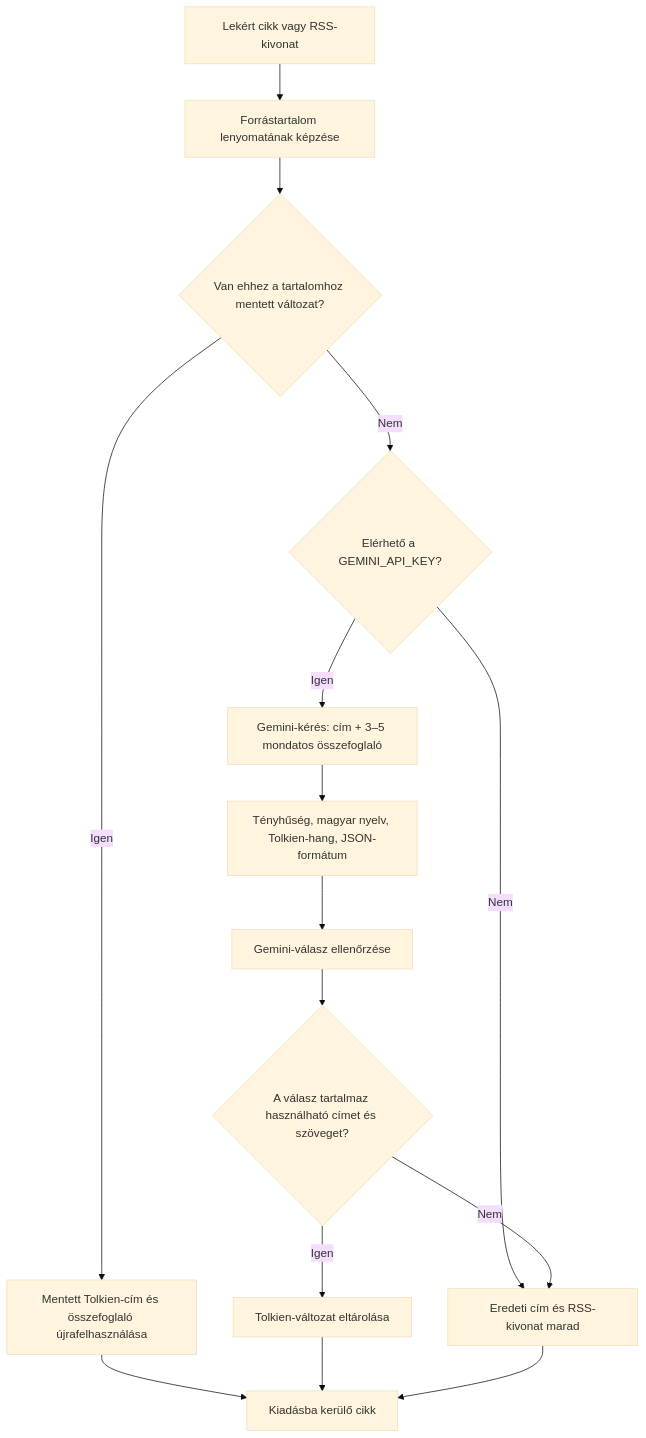
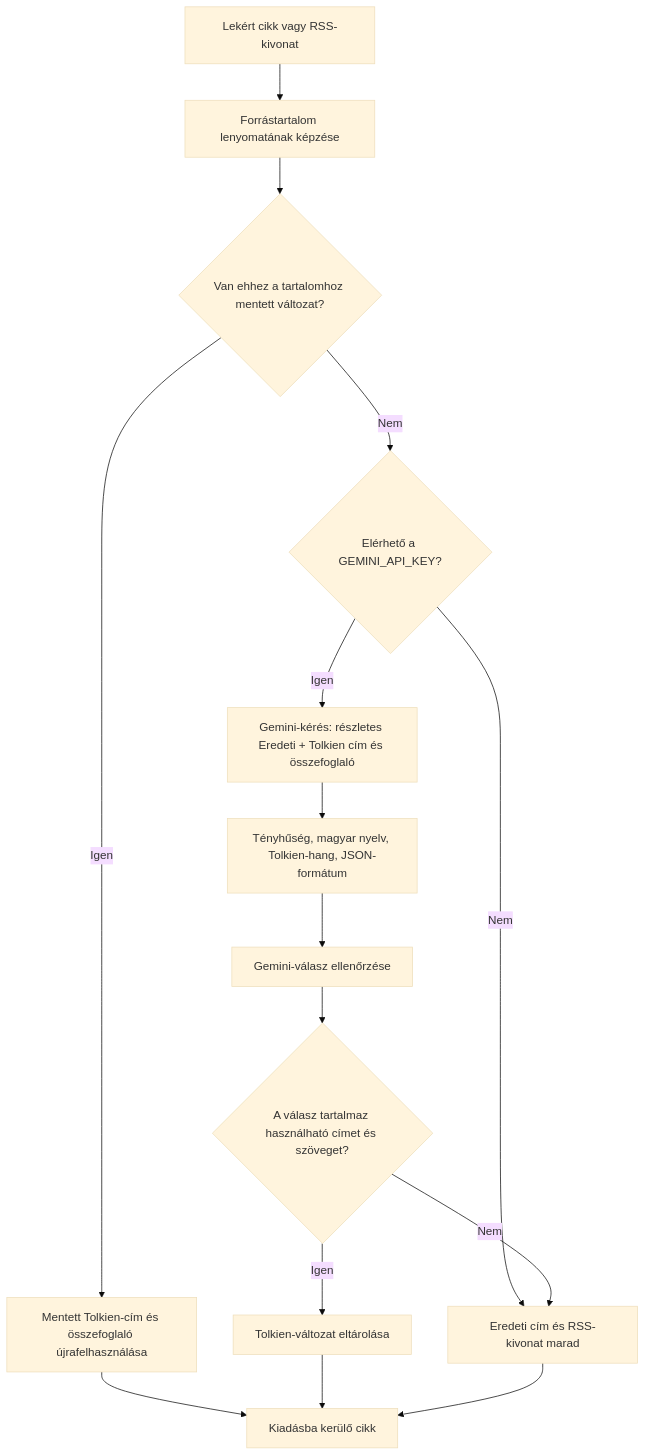
The third of 5 diagrams in Dokumentumok/NANONews-mukodesi-leiras.md (ngynrbrt-prog/nanonews), drawn with Mermaid (base theme) before and after one commit. The commit also changed other lines of this file, not shown here.

````diff
--- a/Dokumentumok/NANONews-mukodesi-leiras.md
+++ b/Dokumentumok/NANONews-mukodesi-leiras.md
@@ -134,17 +134,17 @@
 ```mermaid
 flowchart TD
   input["Lekért cikk vagy RSS-kivonat"] --> hash["Forrástartalom lenyomatának képzése"]
   hash --> cached{"Van ehhez a tartalomhoz mentett változat?"}
   cached -->|Igen| reuse["Mentett Tolkien-cím és összefoglaló újrafelhasználása"]
   cached -->|Nem| key{"Elérhető a GEMINI_API_KEY?"}
   key -->|Nem| original["Eredeti cím és RSS-kivonat marad"]
-  key -->|Igen| request["Gemini-kérés: cím + 3–5 mondatos összefoglaló"]
+  key -->|Igen| request["Gemini-kérés: részletes Eredeti + Tolkien cím és összefoglaló"]
   request --> rules["Tényhűség, magyar nyelv, Tolkien-hang, JSON-formátum"]
   rules --> response["Gemini-válasz ellenőrzése"]
   response --> valid{"A válasz tartalmaz használható címet és szöveget?"}
   valid -->|Igen| variant["Tolkien-változat eltárolása"]
   valid -->|Nem| original
   reuse --> output["Kiadásba kerülő cikk"]
   variant --> output
   original --> output
 ```
````
